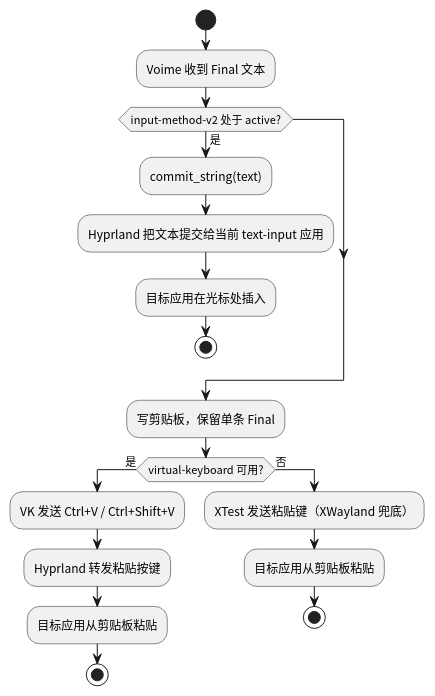
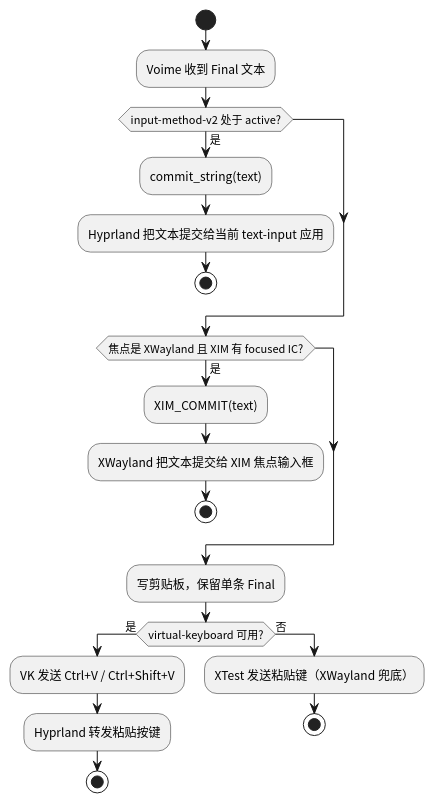
One commit to 54m43lJ/voime changed the diagram in diagram/act-delivery.puml. Above: the diagram before and after it, drawn with PlantUML. The commit also changed 31 other files, not shown here.

Commit message:
docs: XWayland 改走 XIM，剪贴板仅作兜底

```diff
--- a/diagram/act-delivery.puml
+++ b/diagram/act-delivery.puml
@@ -1,25 +1,28 @@
 @startuml
 skinparam defaultFontName "Noto Sans CJK SC"
 skinparam shadowing false
 
 start
 :Voime 收到 Final 文本;
 if (input-method-v2 处于 active?) then (是)
   :commit_string(text);
   :Hyprland 把文本提交给当前 text-input 应用;
-  :目标应用在光标处插入;
+  stop
+endif
+
+if (焦点是 XWayland 且 XIM 有 focused IC?) then (是)
+  :XIM_COMMIT(text);
+  :XWayland 把文本提交给 XIM 焦点输入框;
   stop
 endif
 
 :写剪贴板，保留单条 Final;
 if (virtual-keyboard 可用?) then (是)
   :VK 发送 Ctrl+V / Ctrl+Shift+V;
   :Hyprland 转发粘贴按键;
-  :目标应用从剪贴板粘贴;
   stop
 else (否)
   :XTest 发送粘贴键（XWayland 兜底）;
-  :目标应用从剪贴板粘贴;
   stop
 endif
 @enduml
```
